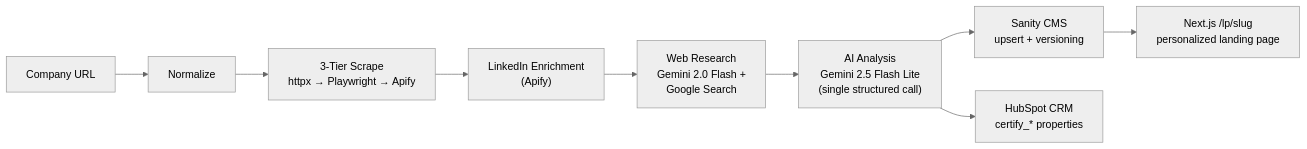
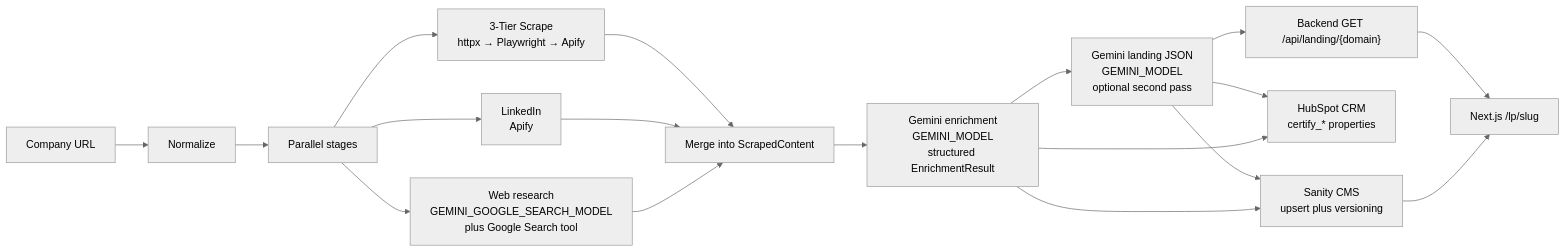
Before and after one commit to Vidoosh/prism: the first of 2 diagrams in README.md, drawn with Mermaid (neutral theme). The commit also changed other lines of this file and 2 other files, not shown here.

````diff
--- a/README.md
+++ b/README.md
@@ -26,11 +28,20 @@
 ```mermaid
 flowchart LR
   URL["Company URL"] --> Norm["Normalize"]
-  Norm --> Scrape["3-Tier Scrape\nhttpx → Playwright → Apify"]
-  Scrape --> LinkedIn["LinkedIn Enrichment\n(Apify)"]
-  LinkedIn --> WebRes["Web Research\nGemini 2.0 Flash +\nGoogle Search"]
-  WebRes --> AI["AI Analysis\nGemini 2.5 Flash Lite\n(single structured call)"]
-  AI --> Sanity["Sanity CMS\nupsert + versioning"]
-  AI --> HubSpot["HubSpot CRM\ncertify_* properties"]
-  Sanity --> LP["Next.js /lp/slug\npersonalized landing page"]
+  Norm --> Parallel["Parallel stages"]
+  Parallel --> Scrape["3-Tier Scrape\nhttpx → Playwright → Apify"]
+  Parallel --> LinkedIn["LinkedIn\nApify"]
+  Parallel --> WebRes["Web research\nGEMINI_GOOGLE_SEARCH_MODEL\nplus Google Search tool"]
+  Scrape --> Merge["Merge into ScrapedContent"]
+  LinkedIn --> Merge
+  WebRes --> Merge
+  Merge --> Enrich["Gemini enrichment\nGEMINI_MODEL\nstructured EnrichmentResult"]
+  Enrich --> LandingPass["Gemini landing JSON\nGEMINI_MODEL\noptional second pass"]
+  LandingPass --> Sanity["Sanity CMS\nupsert plus versioning"]
+  Enrich --> Sanity
+  LandingPass --> HubSpot["HubSpot CRM\ncertify_* properties"]
+  Enrich --> HubSpot
+  LandingPass --> ApiLanding["Backend GET /api/landing/{domain}"]
+  ApiLanding --> LP["Next.js /lp/slug"]
+  Sanity --> LP
 ```
````
